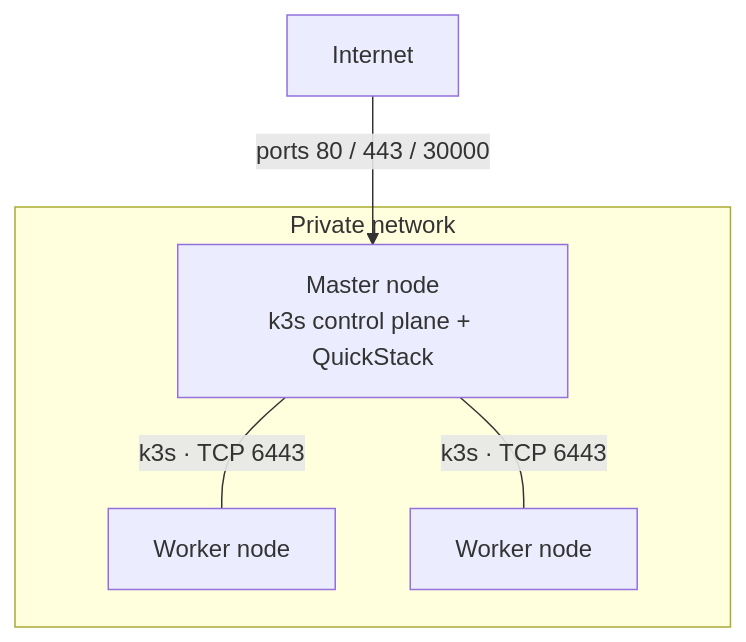
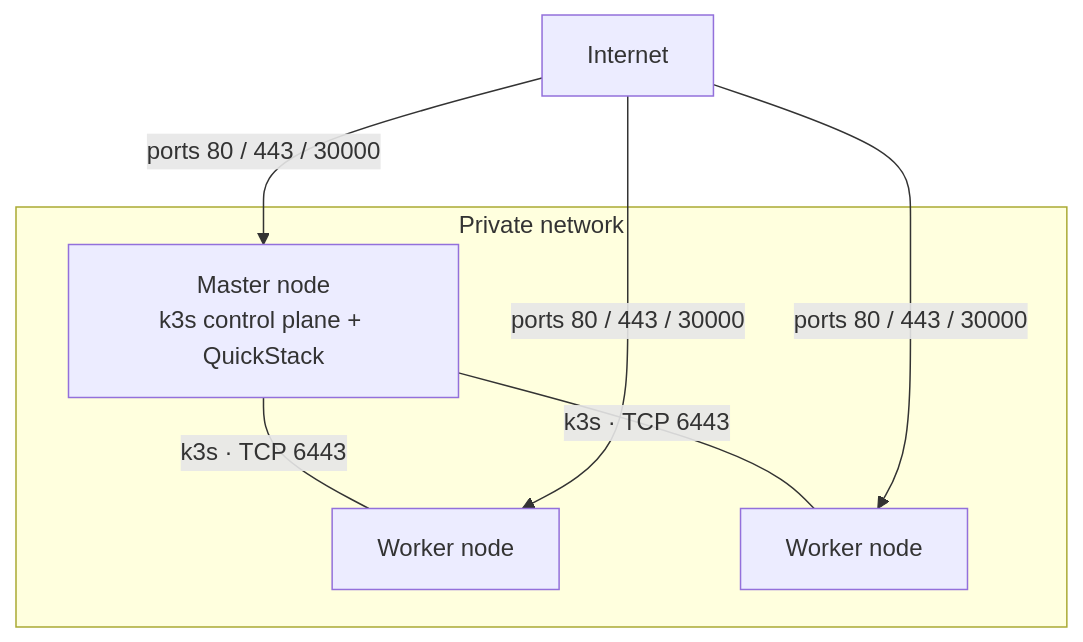
Before and after one commit to biersoeckli/QuickStack-Docs: the second of 2 diagrams in content/docs/how-to/admin/cluster-nodes.mdx, drawn with Mermaid.

Commit message:
docs: show internet reaching worker nodes in multi-node diagram

````diff
--- a/content/docs/how-to/admin/cluster-nodes.mdx
+++ b/content/docs/how-to/admin/cluster-nodes.mdx
@@ -30,14 +30,16 @@
 ```mermaid
 flowchart TB
   internet["Internet"]
 
   subgraph private["Private network"]
     master["Master node<br/>k3s control plane + QuickStack"]
     worker1["Worker node"]
     worker2["Worker node"]
     master ---|"k3s · TCP 6443"| worker1
     master ---|"k3s · TCP 6443"| worker2
   end
 
   internet -->|"ports 80 / 443 / 30000"| master
+  internet -->|"ports 80 / 443 / 30000"| worker1
+  internet -->|"ports 80 / 443 / 30000"| worker2
 ```
````
